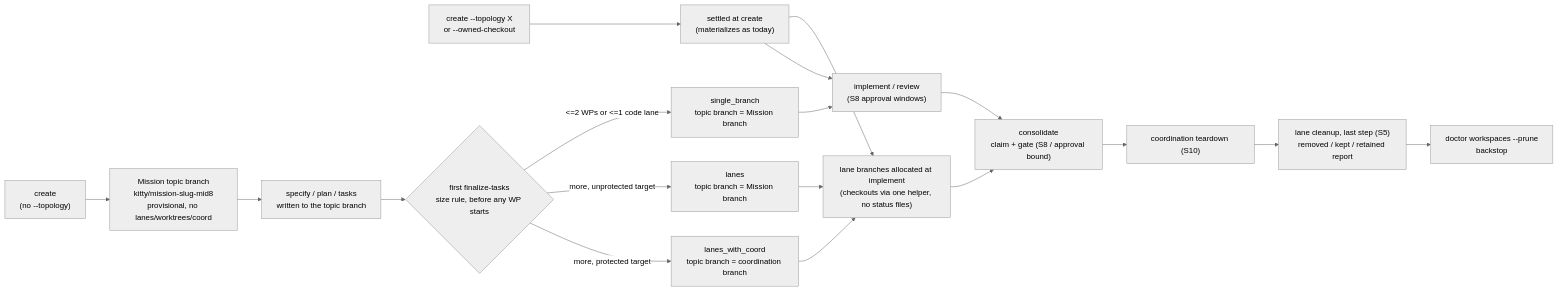
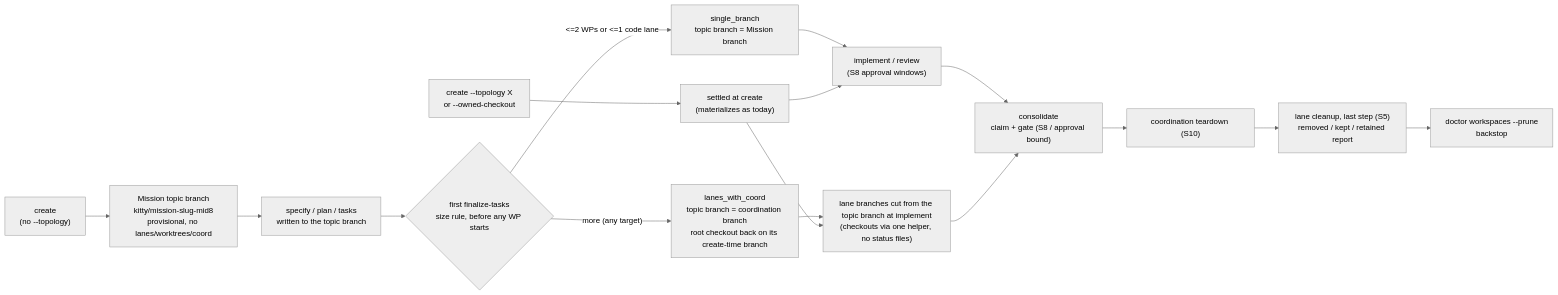
Before and after one commit to spec-kitty/spec-kitty: the diagram in kitty-specs/lane-worktree-model-hardening-01M6QY1M/spec.md, drawn with Mermaid (neutral theme). The commit also changed other lines of this file, not shown here.

Commit message:
spec(lane-worktree-model-hardening-01M6QY1M): fold the plan-phase decisions (topic-branch settlement, PRIMARY placement)

````diff
--- a/kitty-specs/lane-worktree-model-hardening-01M6QY1M/spec.md
+++ b/kitty-specs/lane-worktree-model-hardening-01M6QY1M/spec.md
@@ -424,20 +427,18 @@
 ```mermaid
 flowchart LR
     A["create<br/>(no --topology)"] --> B["Mission topic branch<br/>kitty/mission-slug-mid8<br/>provisional, no lanes/worktrees/coord"]
     A2["create --topology X<br/>or --owned-checkout"] --> S2["settled at create<br/>(materializes as today)"]
     B --> P["specify / plan / tasks<br/>written to the topic branch"]
     P --> F{"first finalize-tasks<br/>size rule, before any WP starts"}
     F -- "<=2 WPs or <=1 code lane" --> SB["single_branch<br/>topic branch = Mission branch"]
-    F -- "more, unprotected target" --> L["lanes<br/>topic branch = Mission branch"]
-    F -- "more, protected target" --> LC["lanes_with_coord<br/>topic branch = coordination branch"]
+    F -- "more (any target)" --> LC["lanes_with_coord<br/>topic branch = coordination branch<br/>root checkout back on its create-time branch"]
     SB --> I["implement / review<br/>(S8 approval windows)"]
-    L --> I2["lane branches allocated at implement<br/>(checkouts via one helper, no status files)"]
-    LC --> I2
+    LC --> I2["lane branches cut from the topic branch at implement<br/>(checkouts via one helper, no status files)"]
     S2 --> I2
     S2 --> I
     I --> C["consolidate<br/>claim + gate (S8 / approval bound)"]
     I2 --> C
     C --> T["coordination teardown (S10)"]
     T --> CL["lane cleanup, last step (S5)<br/>removed / kept / retained report"]
     CL --> BK["doctor workspaces --prune<br/>backstop"]
 ```
````
